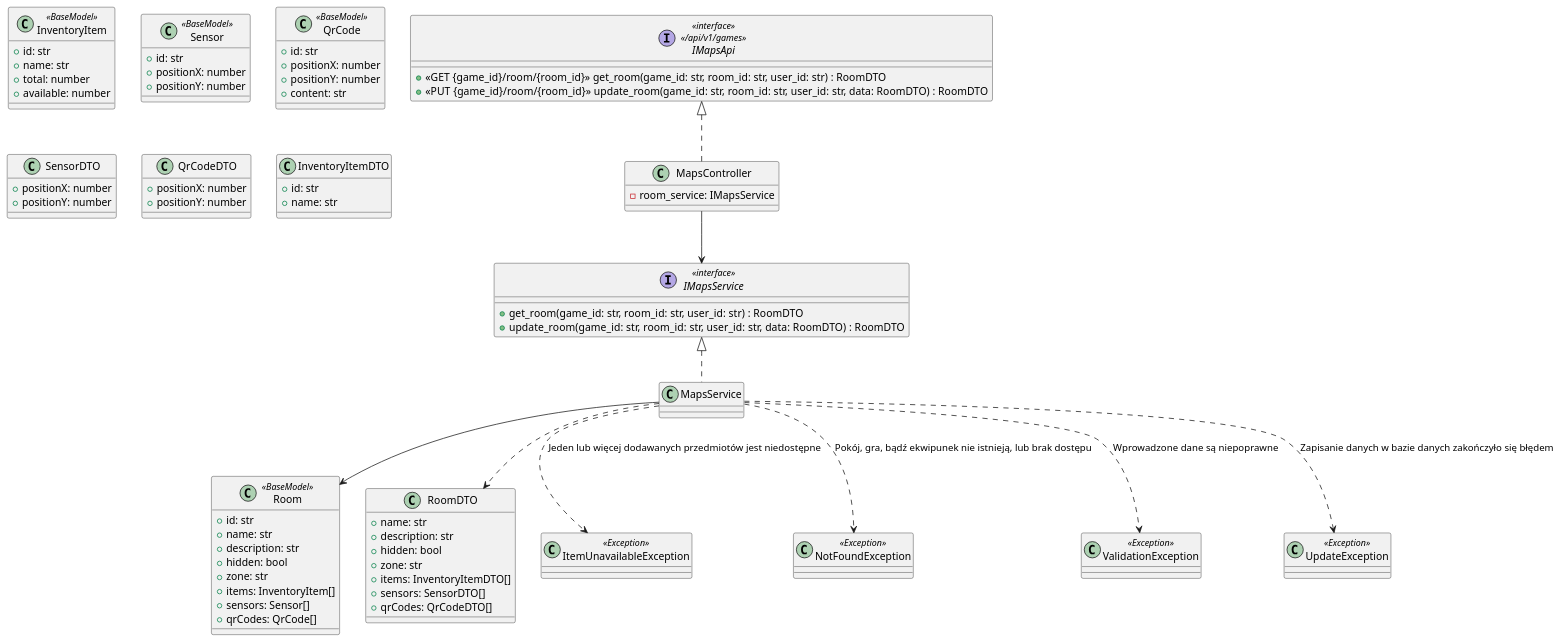
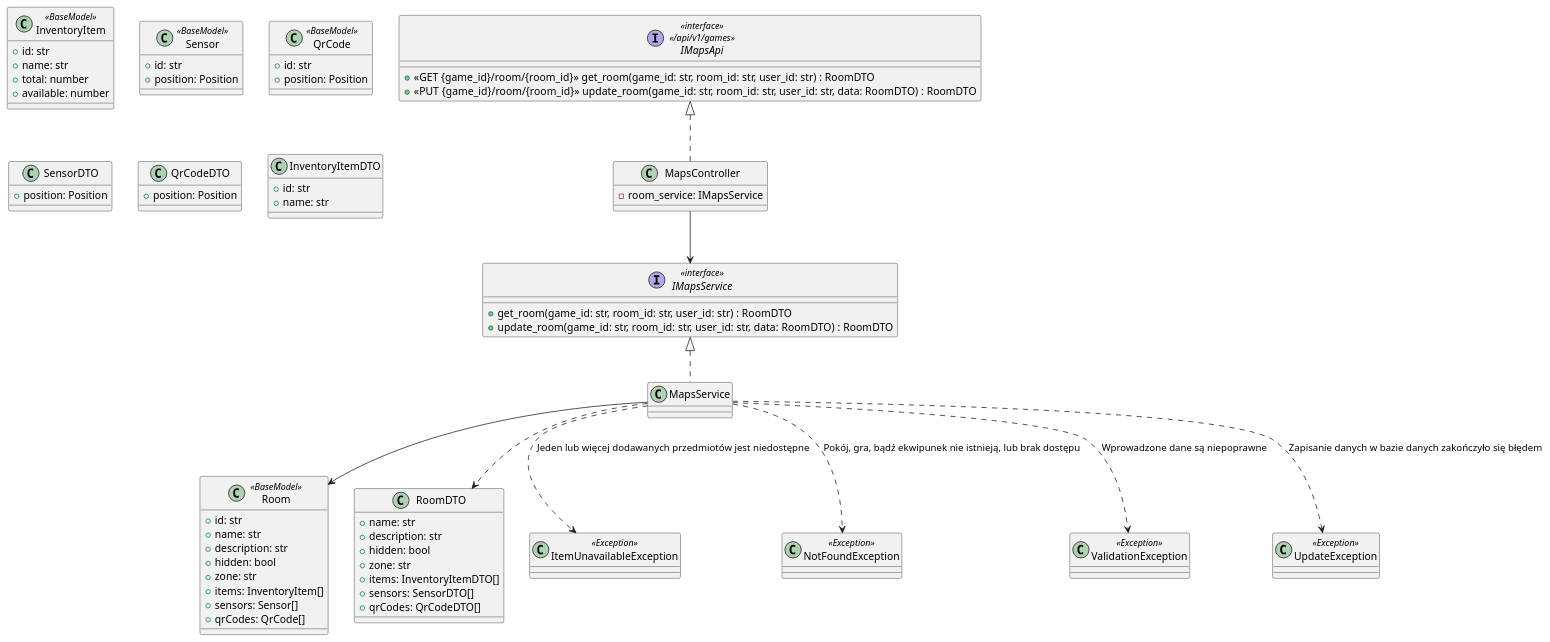
The diagram in diagrams/backend/room-edit.md (Igor-Ochocki/POP-2026Z), drawn with PlantUML before and after one commit.

Commit message:
Wykorzystanie typu Position

```diff
--- a/diagrams/backend/room-edit.md
+++ b/diagrams/backend/room-edit.md
@@ -38,16 +38,13 @@
 
 class Sensor <<BaseModel>> {
     + id: str
-    + positionX: number
-    + positionY: number
+    + position: Position
 }
 
 class QrCode <<BaseModel>> {
     + id: str
-    + positionX: number
-    + positionY: number
-    + content: str
-}
+    + position: Position
+    }
 
 
 class RoomDTO {
@@ -62,13 +59,11 @@
 
 
 class SensorDTO {
-    + positionX: number
-    + positionY: number
+    + position: Position
 }
 
 class QrCodeDTO {
-    + positionX: number
-    + positionY: number
+    + position: Position
 }
 
 CLASS InventoryItemDTO {
```
